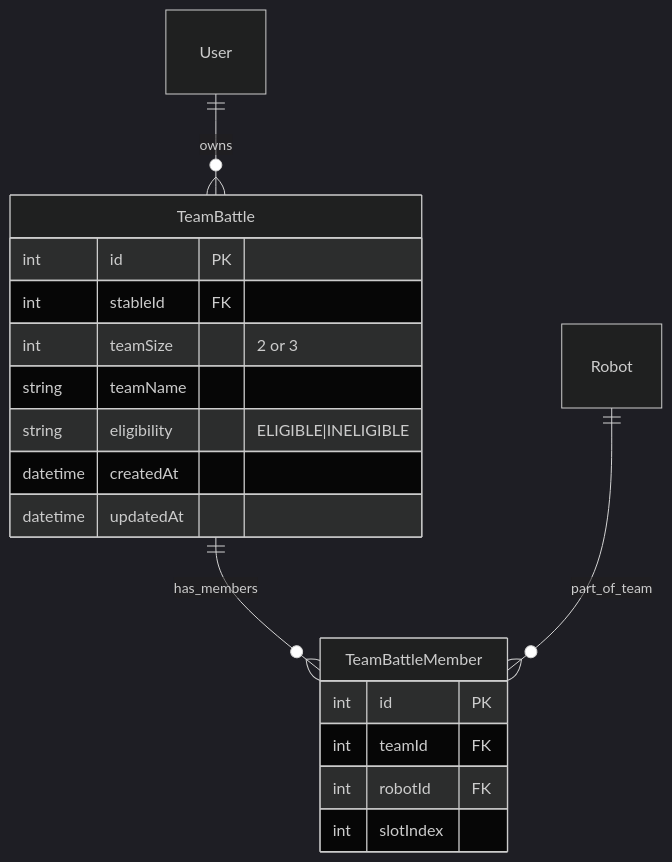
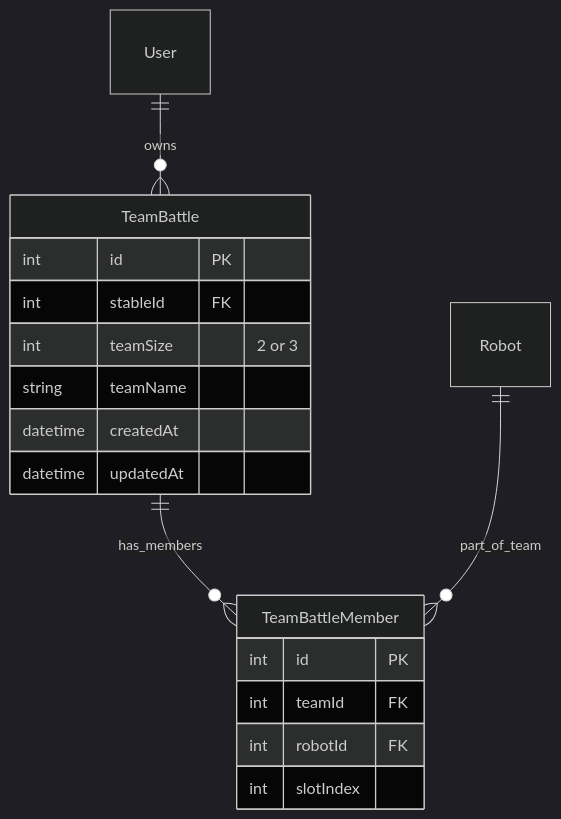
Before and after one commit to RobertTeunissen/ArmouredSouls: diagram 14 of 21 in docs/architecture/diagrams.md, drawn with Mermaid (dark theme). The commit also changed 61 other files, not shown here.

````diff
--- a/docs/architecture/diagrams.md
+++ b/docs/architecture/diagrams.md
@@ -674,23 +674,22 @@
 ```mermaid
 erDiagram
     TeamBattle {
         int id PK
         int stableId FK
         int teamSize "2 or 3"
         string teamName
-        string eligibility "ELIGIBLE|INELIGIBLE"
         datetime createdAt
         datetime updatedAt
     }
 
     TeamBattleMember {
         int id PK
         int teamId FK
         int robotId FK
         int slotIndex
     }
 
     User ||--o{ TeamBattle : "owns"
     TeamBattle ||--o{ TeamBattleMember : "has_members"
     Robot ||--o{ TeamBattleMember : "part_of_team"
 ```
````
